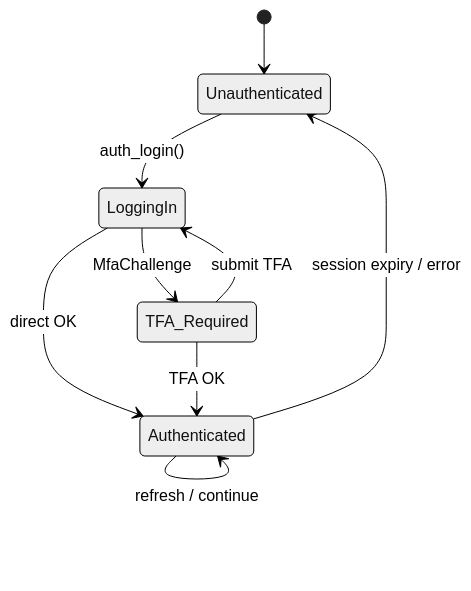
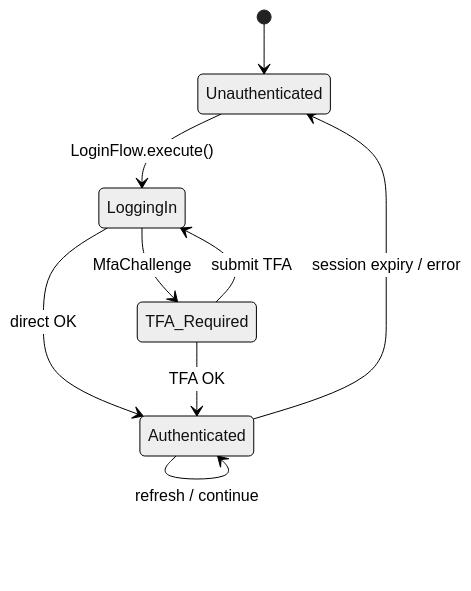
Before and after one commit to hype8912/dominion-sc-power: the first of 3 diagrams in docs/architecture/04-security.md, drawn with Mermaid (neutral theme). The commit also changed other lines of this file and 7 other files, not shown here.

````diff
--- a/docs/architecture/04-security.md
+++ b/docs/architecture/04-security.md
@@ -5,11 +5,11 @@
 ```mermaid
 stateDiagram-v2
     [*] --> Unauthenticated
-    Unauthenticated --> LoggingIn: auth_login()
+    Unauthenticated --> LoggingIn: LoginFlow.execute()
     LoggingIn --> TFA_Required: MfaChallenge
     LoggingIn --> Authenticated: direct OK
     TFA_Required --> LoggingIn: submit TFA
     TFA_Required --> Authenticated: TFA OK
     Authenticated --> Unauthenticated: session expiry / error
     Authenticated --> Authenticated: refresh / continue
 ```
````
